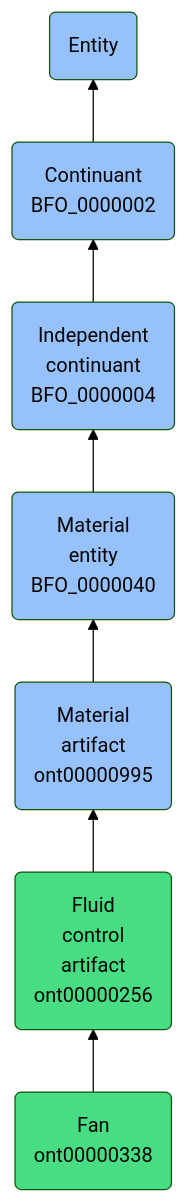
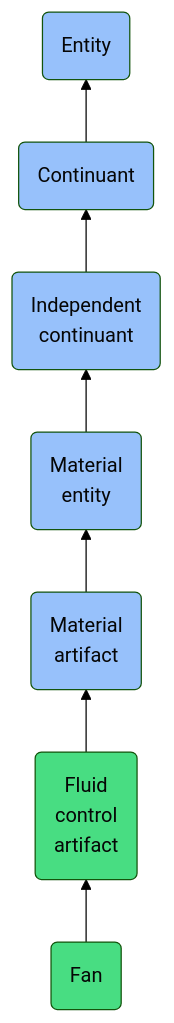
One commit to jupyter-naas/abi changed the diagram in docs/ontology/reference/model/Entity/Continuant/Independent continuant/Material entity/Material artifact/Fluid control artifact/Fan/Fan.md. Above: the diagram before and after it, drawn with Mermaid (forest theme). The commit also changed other lines of this file and 1430 other files, not shown here.

````diff
--- a/docs/ontology/reference/model/Entity/Continuant/Independent continuant/Material entity/Material artifact/Fluid control artifact/Fan/Fan.md
+++ b/docs/ontology/reference/model/Entity/Continuant/Independent continuant/Material entity/Material artifact/Fluid control artifact/Fan/Fan.md
@@ -24,14 +24,14 @@
 ```mermaid
 graph BT
-    ont00000338(Fan<br>ont00000338):::ABI-->ont00000256
-    ont00000256(Fluid<br>control<br>artifact<br>ont00000256):::ABI-->ont00000995
-    ont00000995(Material<br>artifact<br>ont00000995):::BFO-->BFO_0000040
-    BFO_0000040(Material<br>entity<br>BFO_0000040):::BFO-->BFO_0000004
-    BFO_0000004(Independent<br>continuant<br>BFO_0000004):::BFO-->BFO_0000002
-    BFO_0000002(Continuant<br>BFO_0000002):::BFO-->BFO_0000001
+    ont00000338(Fan):::ABI-->ont00000256
+    ont00000256(Fluid<br>control<br>artifact):::ABI-->ont00000995
+    ont00000995(Material<br>artifact):::BFO-->BFO_0000040
+    BFO_0000040(Material<br>entity):::BFO-->BFO_0000004
+    BFO_0000004(Independent<br>continuant):::BFO-->BFO_0000002
+    BFO_0000002(Continuant):::BFO-->BFO_0000001
     BFO_0000001(Entity):::BFO
     
     classDef BFO fill:#97c1fb,color:#060606
     classDef CCO fill:#e4c51e,color:#060606
     classDef ABI fill:#48DD82,color:#060606
 ```
````
